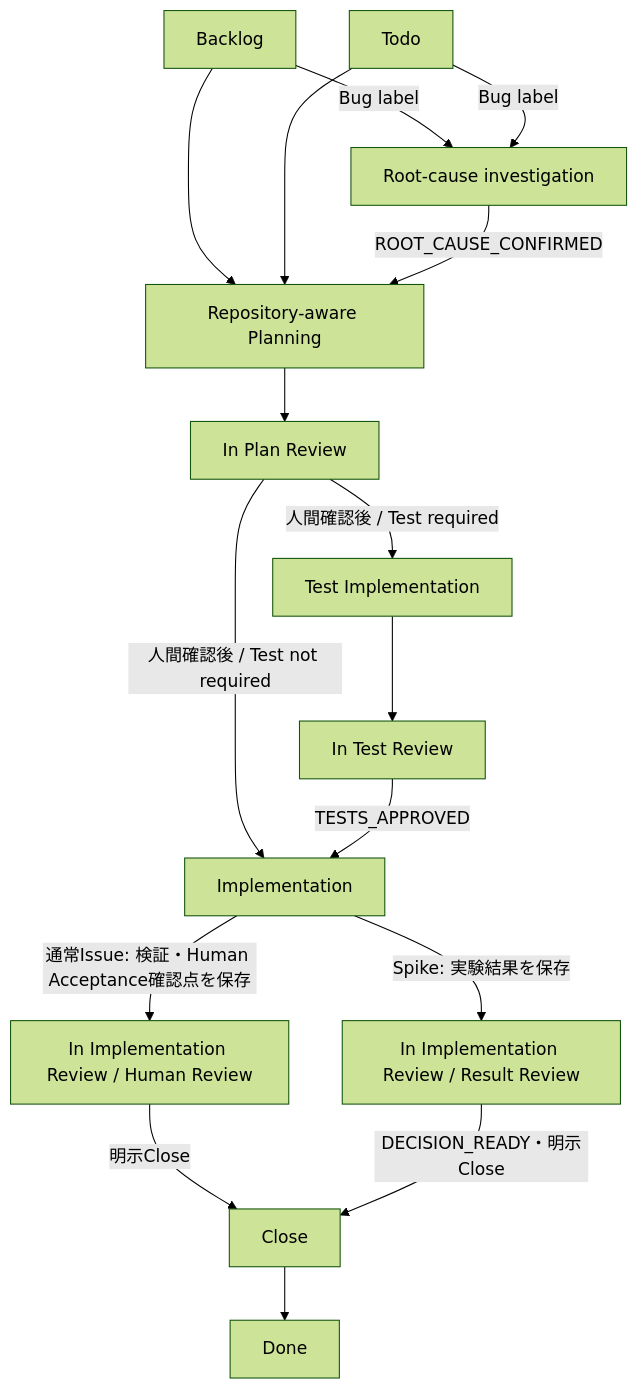
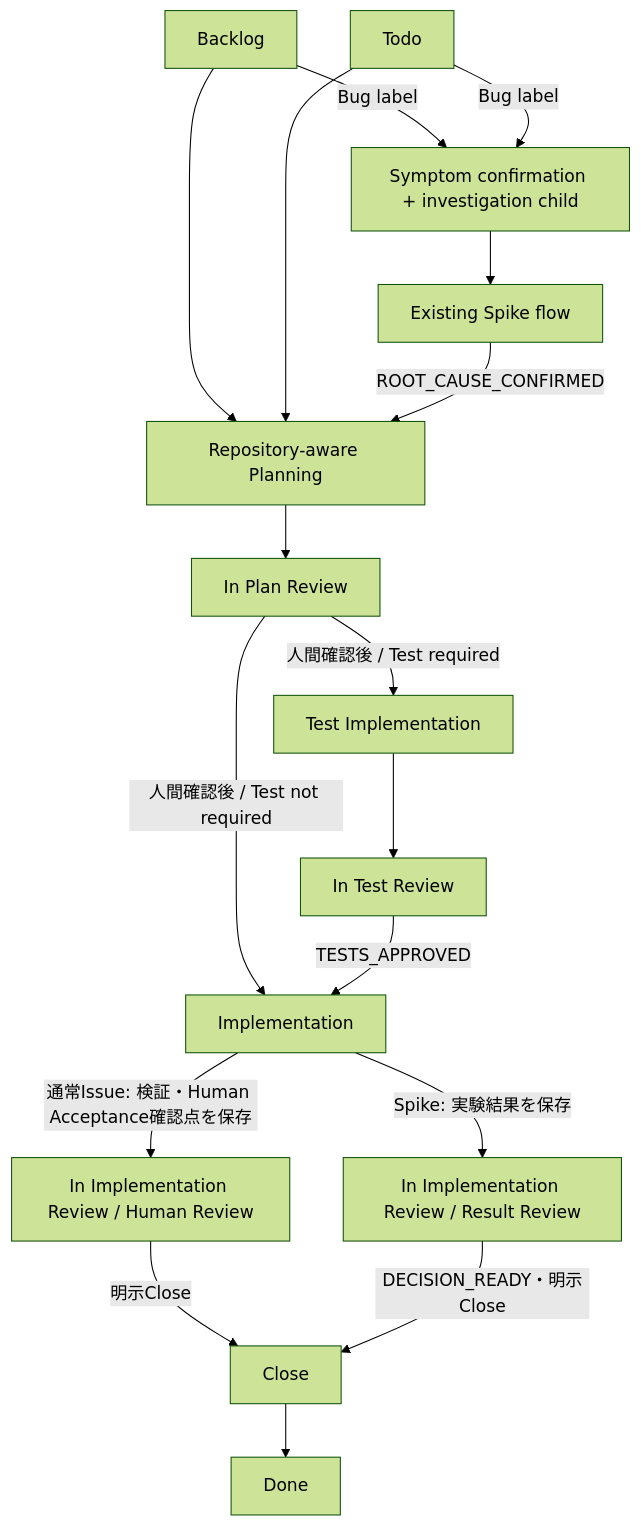
One commit to hnishim/harness changed the first of 2 diagrams in agent-development-workflow.md. Above: the diagram before and after it, drawn with Mermaid (forest theme). The commit also changed other lines of this file and 10 other files, not shown here.

````diff
--- a/agent-development-workflow.md
+++ b/agent-development-workflow.md
@@ -45,18 +45,19 @@
 ```mermaid
 flowchart TD
     B[Backlog] --> P[Repository-aware Planning]
     T[Todo] --> P
-    B -->|Bug label| BI[Root-cause investigation]
+    B -->|Bug label| BI[Symptom confirmation + investigation child]
     T -->|Bug label| BI
-    BI -->|ROOT_CAUSE_CONFIRMED| P
+    BI --> SI[Existing Spike flow]
+    SI -->|ROOT_CAUSE_CONFIRMED| P
     P --> R[In Plan Review]
     R -->|人間確認後 / Test required| TW[Test Implementation]
     R -->|人間確認後 / Test not required| I[Implementation]
     TW --> TR[In Test Review]
     TR -->|TESTS_APPROVED| I
     I -->|通常Issue: 検証・Human Acceptance確認点を保存| H[In Implementation Review / Human Review]
     I -->|Spike: 実験結果を保存| SR[In Implementation Review / Result Review]
     H -->|明示Close| C[Close]
     SR -->|DECISION_READY・明示Close| C
     C --> D[Done]
 ```
````
